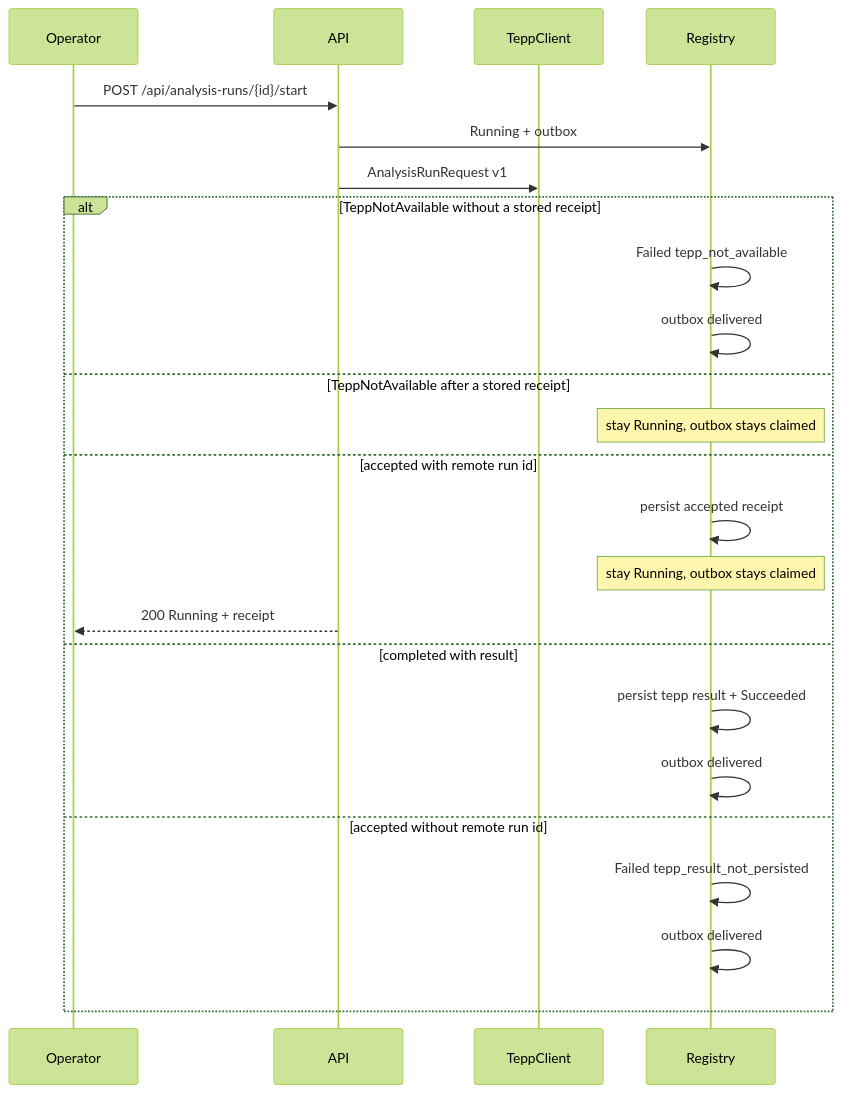
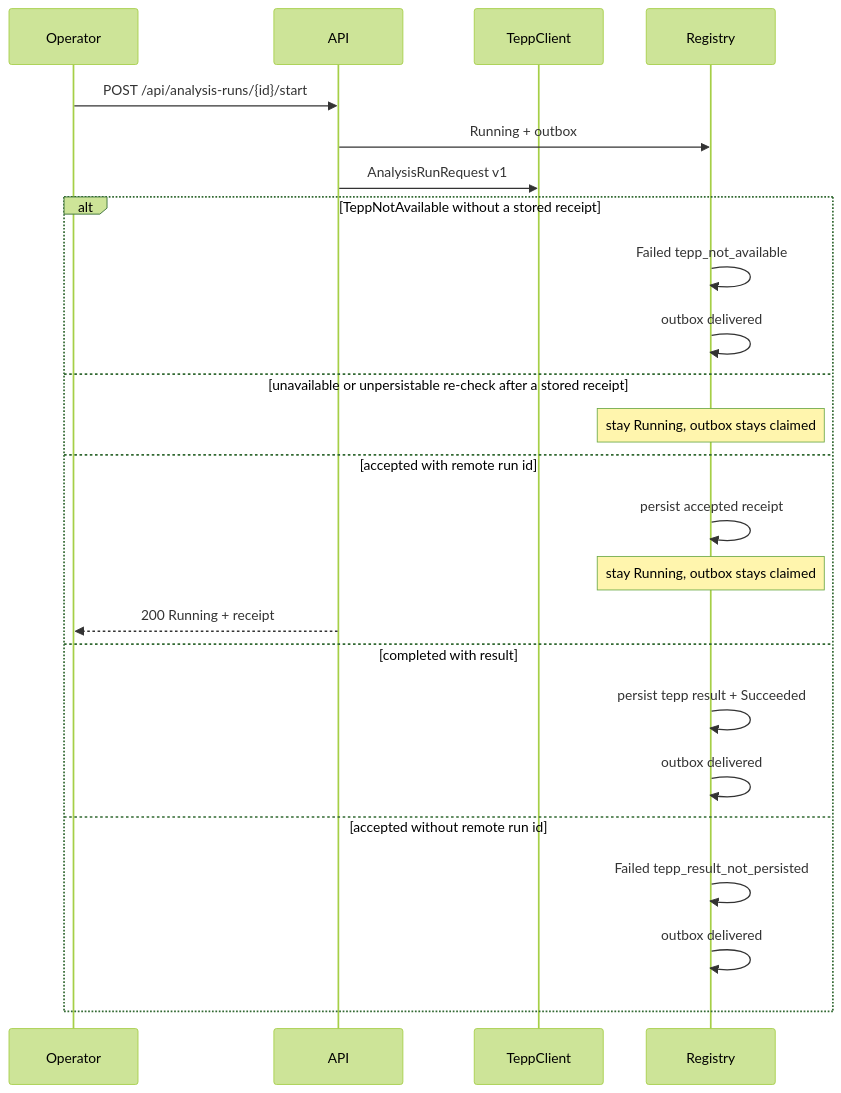
The diagram in docs/adr/0162-tepp-accepted-receipt.md (ContextualWisdomLab/LineageWeave), drawn with Mermaid (forest theme) before and after one commit. The commit also changed other lines of this file and 2 other files, not shown here.

Commit message:
fix: preserve durable TEPP acceptance on recheck

````diff
--- a/docs/adr/0162-tepp-accepted-receipt.md
+++ b/docs/adr/0162-tepp-accepted-receipt.md
@@ -68,26 +72,26 @@
 ```mermaid
 sequenceDiagram
     participant Operator
     participant API
     participant TeppClient
     participant Registry
     Operator->>API: POST /api/analysis-runs/{id}/start
     API->>Registry: Running + outbox
     API->>TeppClient: AnalysisRunRequest v1
     alt TeppNotAvailable without a stored receipt
         Registry->>Registry: Failed tepp_not_available
         Registry->>Registry: outbox delivered
-    else TeppNotAvailable after a stored receipt
+    else unavailable or unpersistable re-check after a stored receipt
         Note over Registry: stay Running, outbox stays claimed
     else accepted with remote run id
         Registry->>Registry: persist accepted receipt
         Note over Registry: stay Running, outbox stays claimed
         API-->>Operator: 200 Running + receipt
     else completed with result
         Registry->>Registry: persist tepp result + Succeeded
         Registry->>Registry: outbox delivered
     else accepted without remote run id
         Registry->>Registry: Failed tepp_result_not_persisted
         Registry->>Registry: outbox delivered
     end
 ```
````
